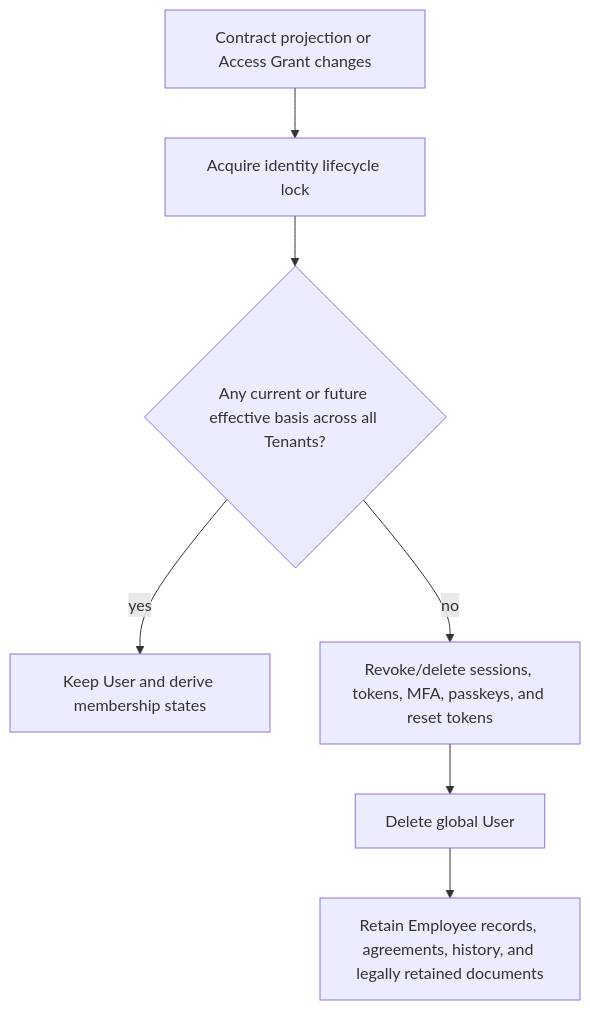
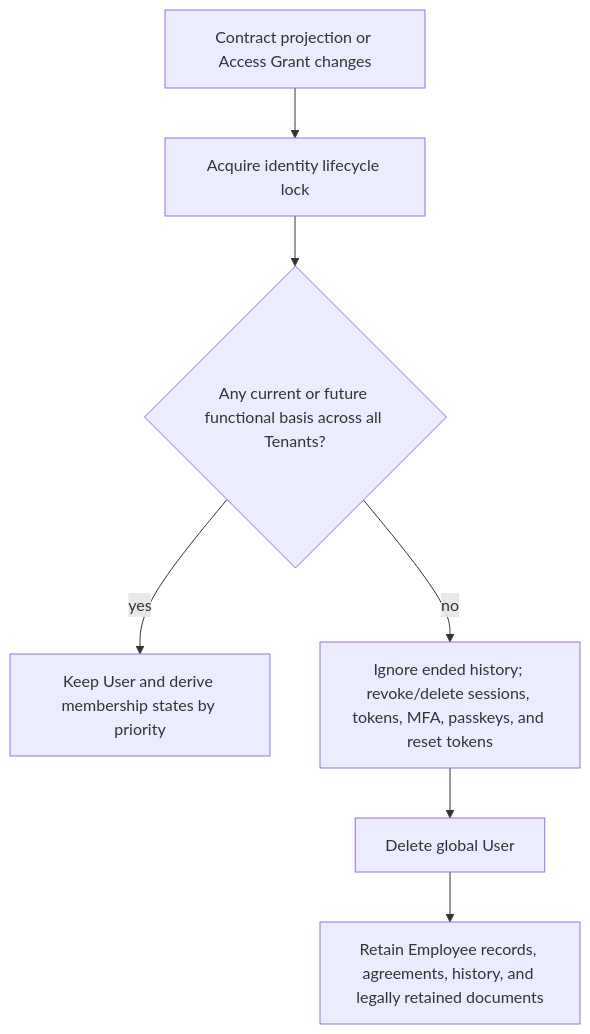
One commit to SecPal/api changed the fourth of 4 diagrams in docs/architecture/ADR-tenant-identity-access-model.md. Above: the diagram before and after it, drawn with Mermaid. The commit also changed other lines of this file, not shown here.

````diff
--- a/docs/architecture/ADR-tenant-identity-access-model.md
+++ b/docs/architecture/ADR-tenant-identity-access-model.md
@@ -331,9 +347,9 @@
 ```mermaid
 flowchart TD
   A[Contract projection or Access Grant changes] --> B[Acquire identity lifecycle lock]
-  B --> C{Any current or future effective basis across all Tenants?}
-  C -- yes --> D[Keep User and derive membership states]
-  C -- no --> E[Revoke/delete sessions, tokens, MFA, passkeys, and reset tokens]
+  B --> C{Any current or future functional basis across all Tenants?}
+  C -- yes --> D[Keep User and derive membership states by priority]
+  C -- no --> E[Ignore ended history; revoke/delete sessions, tokens, MFA, passkeys, and reset tokens]
   E --> F[Delete global User]
   F --> G[Retain Employee records, agreements, history, and legally retained documents]
 ```
````
